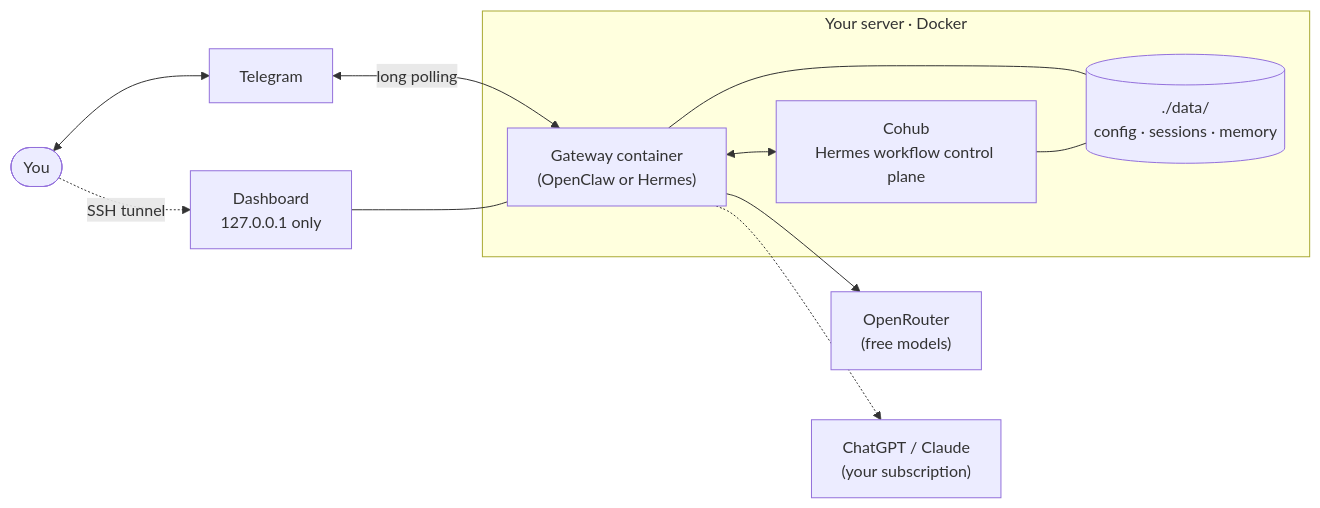
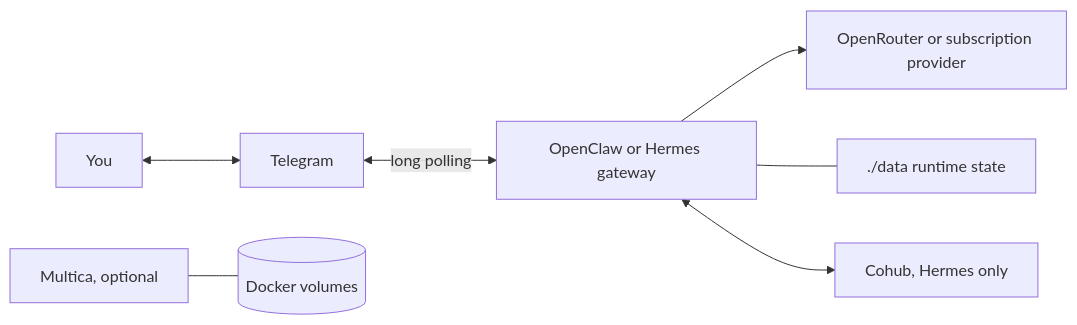
Before and after one commit to duthaho/lona: the diagram in README.md, drawn with Mermaid. The commit also changed other lines of this file, not shown here.

````diff
--- a/README.md
+++ b/README.md
@@ -24,19 +26,9 @@
 ```mermaid
 flowchart LR
-    U([You]) <--> TG[Telegram]
-    TG <-- long polling --> GW
-
-    subgraph VPS [Your server · Docker]
-        GW["Gateway container<br/>(OpenClaw or Hermes)"]
-        CH["Cohub<br/>Hermes workflow control plane"]
-        DATA[("./data/<br/>config · sessions · memory")]
-        GW --- DATA
-        GW <--> CH
-        CH --- DATA
-    end
-
-    GW --> OR["OpenRouter<br/>(free models)"]
-    GW -.-> SUB["ChatGPT / Claude<br/>(your subscription)"]
-    U -. SSH tunnel .-> UI["Dashboard<br/>127.0.0.1 only"]
-    UI --- GW
+    U[You] <--> T[Telegram]
+    T <-- long polling --> G[OpenClaw or Hermes gateway]
+    G --> M[OpenRouter or subscription provider]
+    G --- D[./data runtime state]
+    G <--> C[Cohub, Hermes only]
+    W[Multica, optional] --- P[(Docker volumes)]
 ```
````
